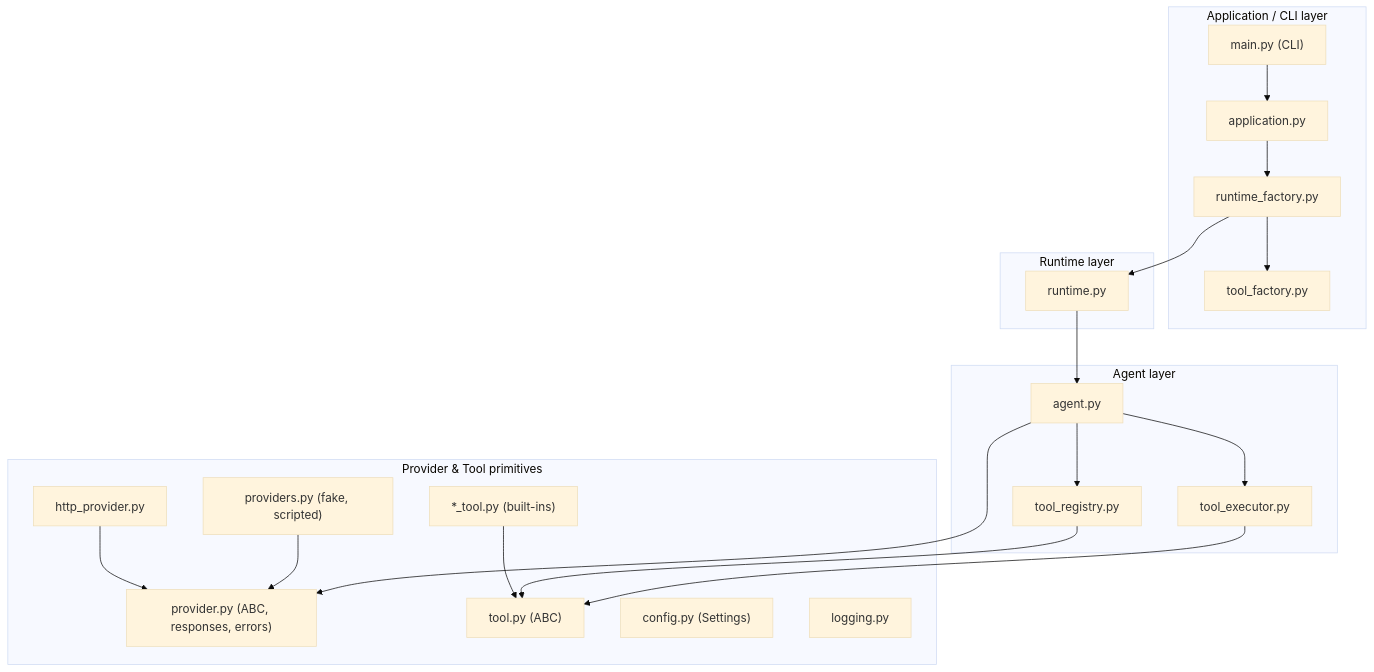
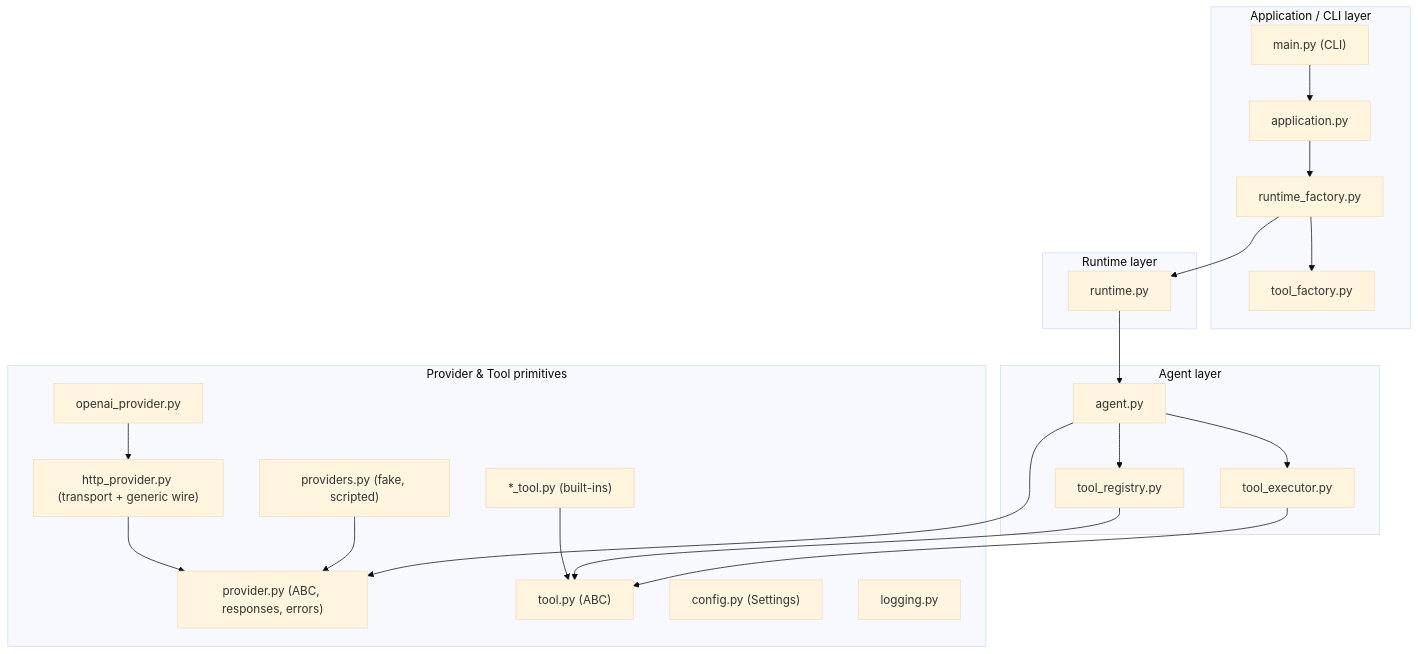
One commit to Abolfazlrwm/nexusagent changed the diagram in docs/architecture.md. Above: the diagram before and after it, drawn with Mermaid (base theme). The commit also changed other lines of this file and 3 other files, not shown here.

````diff
--- a/docs/architecture.md
+++ b/docs/architecture.md
@@ -8,37 +8,39 @@
 ```mermaid
 flowchart TB
     subgraph L4["Application / CLI layer"]
         MAIN["main.py (CLI)"]
         APP["application.py"]
         RF["runtime_factory.py"]
         TF["tool_factory.py"]
     end
     subgraph L3["Runtime layer"]
         RT["runtime.py"]
     end
     subgraph L2["Agent layer"]
         AG["agent.py"]
         TE["tool_executor.py"]
         TRG["tool_registry.py"]
     end
     subgraph L1["Provider & Tool primitives"]
         PR["provider.py (ABC, responses, errors)"]
         PV["providers.py (fake, scripted)"]
-        HP["http_provider.py"]
+        HP["http_provider.py (transport + generic wire)"]
+        OP["openai_provider.py"]
         TL["tool.py (ABC)"]
         CT["*_tool.py (built-ins)"]
         CF["config.py (Settings)"]
         LG["logging.py"]
     end
     MAIN --> APP --> RF --> RT
     RF --> TF
     RT --> AG
     AG --> TE
     AG --> TRG
     AG --> PR
     TE --> TL
     TRG --> TL
     PV --> PR
     HP --> PR
+    OP --> HP
     CT --> TL
 ```
````
